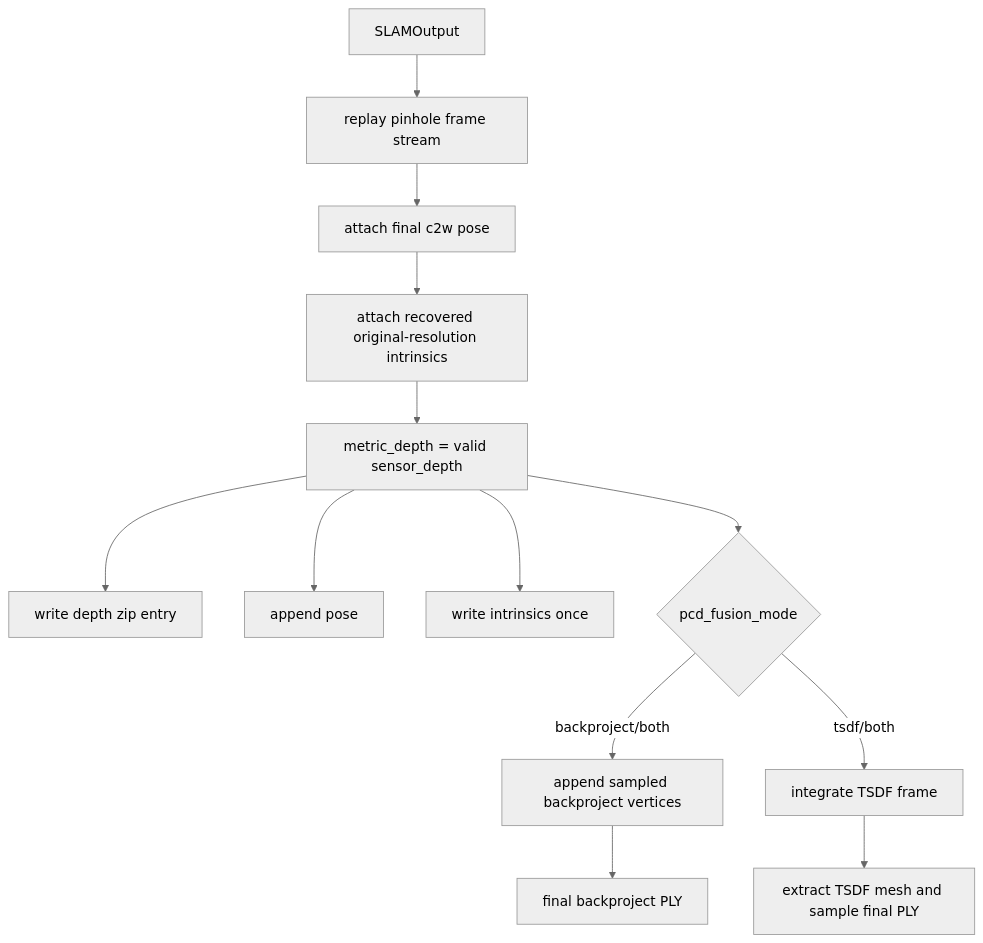
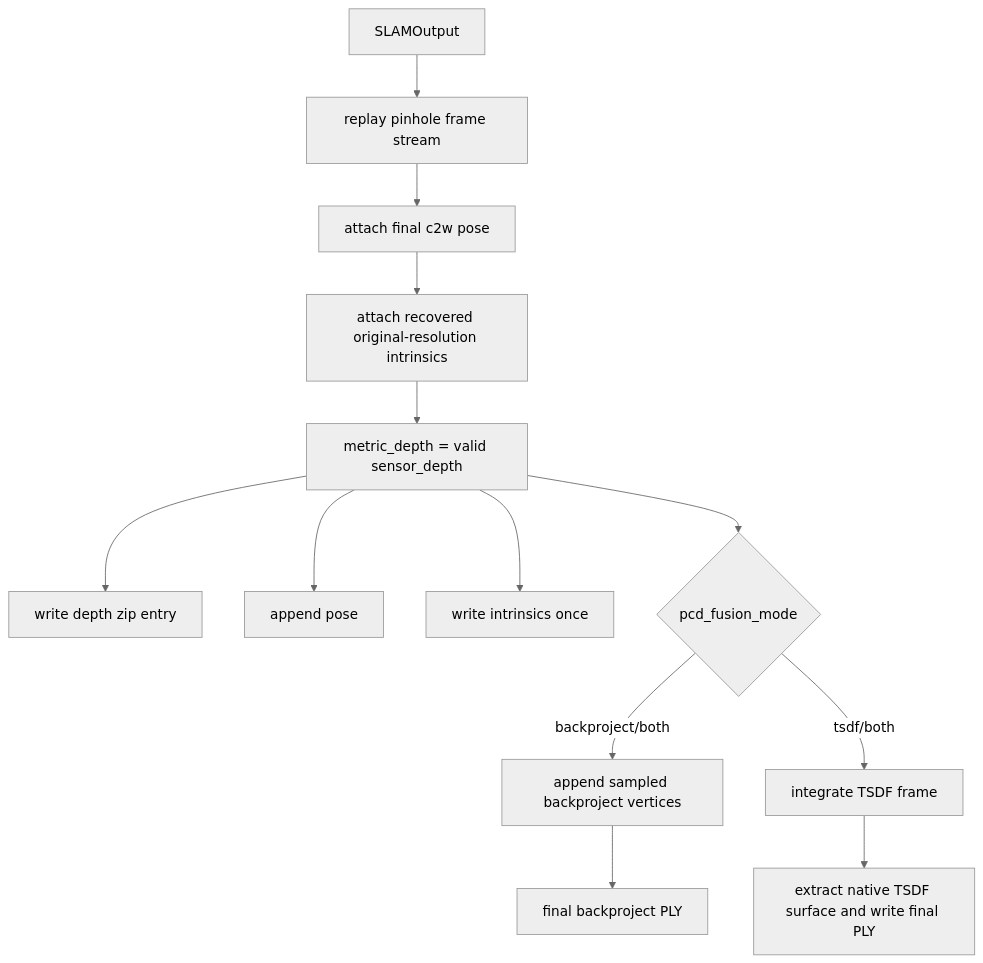
The sixth of 6 diagrams in fullexplain.md (sadanand1120/vipe), drawn with Mermaid (neutral theme) before and after one commit. The commit also changed other lines of this file and 7 other files, not shown here.

Commit message:
added native tsdf fusion instead of open3d

````diff
--- a/fullexplain.md
+++ b/fullexplain.md
@@ -722,15 +722,15 @@
 ```mermaid
 flowchart TD
     A[SLAMOutput] --> B[replay pinhole frame stream]
     B --> C[attach final c2w pose]
     C --> D[attach recovered original-resolution intrinsics]
     D --> E[metric_depth = valid sensor_depth]
     E --> F[write depth zip entry]
     E --> G[append pose]
     E --> H[write intrinsics once]
     E --> I{pcd_fusion_mode}
     I -->|backproject/both| J[append sampled backproject vertices]
     I -->|tsdf/both| K[integrate TSDF frame]
     J --> L[final backproject PLY]
-    K --> M[extract TSDF mesh and sample final PLY]
+    K --> M[extract native TSDF surface and write final PLY]
 ```
````
